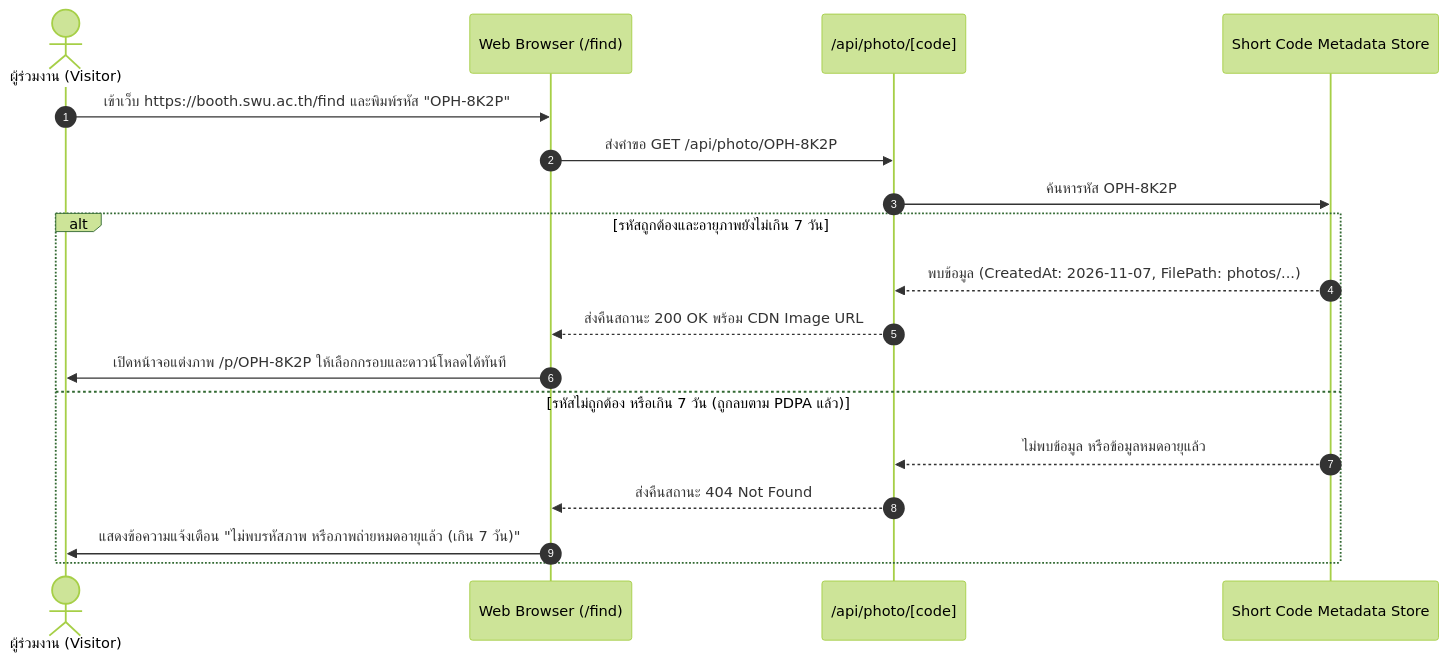
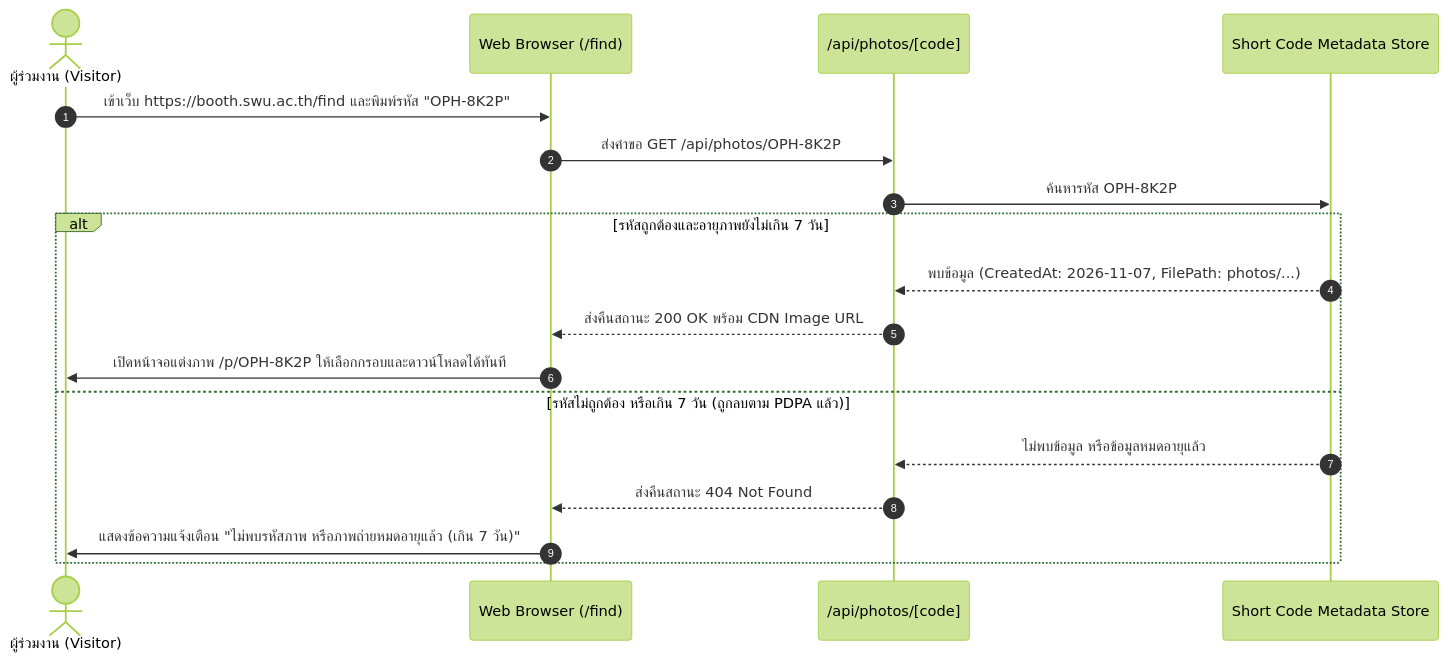
Diagram 13 of 13 in docs/task01-requirements/architecture-and-sequence-flow.md (icelandz9/swu-openhouse), drawn with Mermaid (forest theme) before and after one commit. The commit also changed other lines of this file and 18 other files, not shown here.

````diff
--- a/docs/task01-requirements/architecture-and-sequence-flow.md
+++ b/docs/task01-requirements/architecture-and-sequence-flow.md
@@ -476,22 +476,22 @@
 ```mermaid
 sequenceDiagram
     autonumber
     actor Visitor as ผู้ร่วมงาน (Visitor)
     participant Web as Web Browser (/find)
-    participant API as /api/photo/[code]
+    participant API as /api/photos/[code]
     participant KV as Short Code Metadata Store
 
     Visitor->>Web: เข้าเว็บ https://booth.swu.ac.th/find และพิมพ์รหัส "OPH-8K2P"
-    Web->>API: ส่งคำขอ GET /api/photo/OPH-8K2P
+    Web->>API: ส่งคำขอ GET /api/photos/OPH-8K2P
     API->>KV: ค้นหารหัส OPH-8K2P
 
     alt รหัสถูกต้องและอายุภาพยังไม่เกิน 7 วัน
         KV-->>API: พบข้อมูล (CreatedAt: 2026-11-07, FilePath: photos/...)
         API-->>Web: ส่งคืนสถานะ 200 OK พร้อม CDN Image URL
         Web->>Visitor: เปิดหน้าจอแต่งภาพ /p/OPH-8K2P ให้เลือกกรอบและดาวน์โหลดได้ทันที
     else รหัสไม่ถูกต้อง หรือเกิน 7 วัน (ถูกลบตาม PDPA แล้ว)
         KV-->>API: ไม่พบข้อมูล หรือข้อมูลหมดอายุแล้ว
         API-->>Web: ส่งคืนสถานะ 404 Not Found
         Web->>Visitor: แสดงข้อความแจ้งเตือน "ไม่พบรหัสภาพ หรือภาพถ่ายหมดอายุแล้ว (เกิน 7 วัน)"
     end
 ```
````
